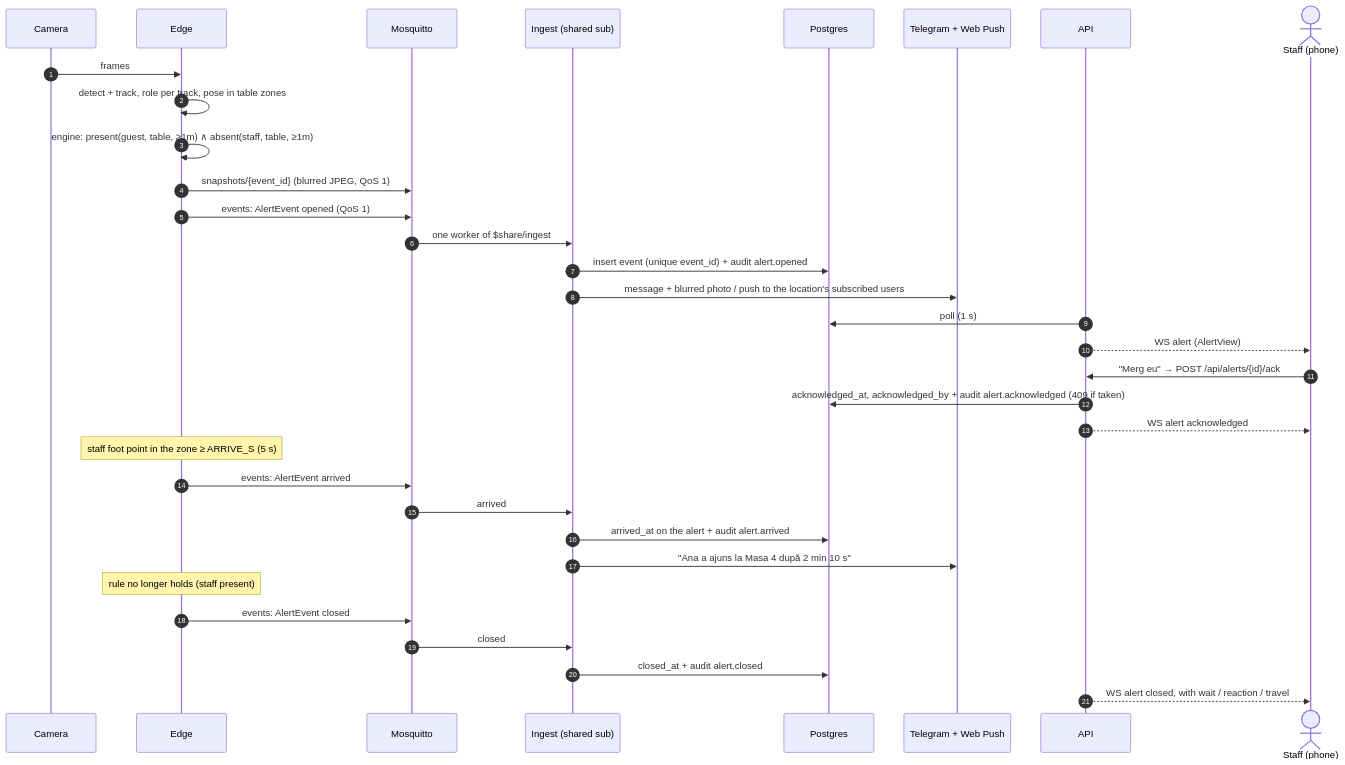
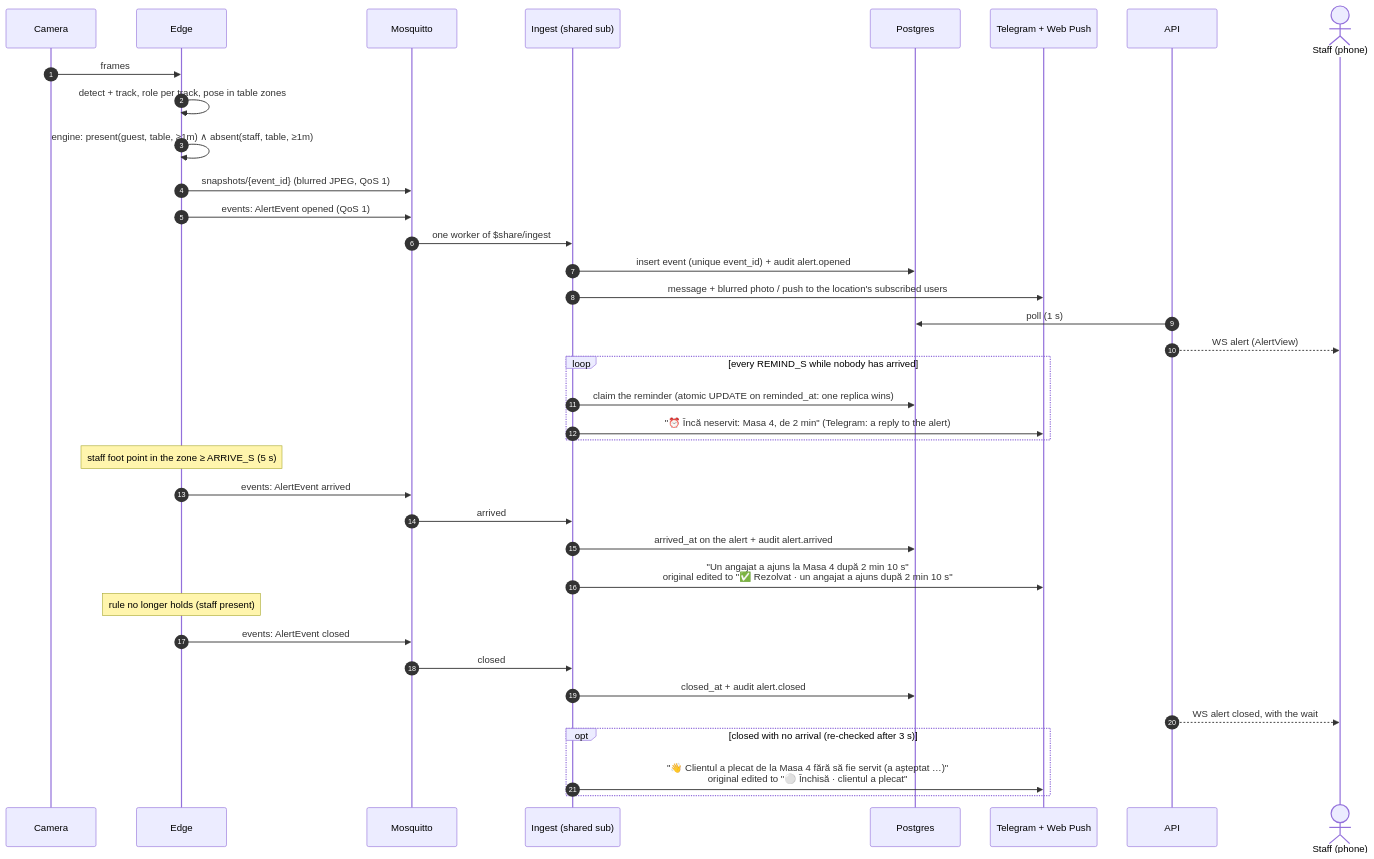
One commit to mariusbuharu-gsd/aivee changed the fifth of 6 diagrams in docs/architecture.md. Above: the diagram before and after it, drawn with Mermaid. The commit also changed other lines of this file and 3 other files, not shown here.

````diff
--- a/docs/architecture.md
+++ b/docs/architecture.md
@@ -156,36 +158,40 @@
 ```mermaid
 sequenceDiagram
     autonumber
     participant C as Camera
     participant E as Edge
     participant M as Mosquitto
     participant I as Ingest (shared sub)
     participant P as Postgres
     participant N as Telegram + Web Push
     participant A as API
     actor S as Staff (phone)
 
     C->>E: frames
     E->>E: detect + track, role per track, pose in table zones
     E->>E: engine: present(guest, table, ≥1m) ∧ absent(staff, table, ≥1m)
     E->>M: snapshots/{event_id} (blurred JPEG, QoS 1)
     E->>M: events: AlertEvent opened (QoS 1)
     M->>I: one worker of $share/ingest
     I->>P: insert event (unique event_id) + audit alert.opened
     I->>N: message + blurred photo / push to the location's subscribed users
     A->>P: poll (1 s)
     A-->>S: WS alert (AlertView)
-    S->>A: "Merg eu" → POST /api/alerts/{id}/ack
-    A->>P: acknowledged_at, acknowledged_by + audit alert.acknowledged (409 if taken)
-    A-->>S: WS alert acknowledged
+    loop every REMIND_S while nobody has arrived
+        I->>P: claim the reminder (atomic UPDATE on reminded_at: one replica wins)
+        I->>N: "⏰ Încă neservit: Masa 4, de 2 min" (Telegram: a reply to the alert)
+    end
     Note over E: staff foot point in the zone ≥ ARRIVE_S (5 s)
     E->>M: events: AlertEvent arrived
     M->>I: arrived
     I->>P: arrived_at on the alert + audit alert.arrived
-    I->>N: "Ana a ajuns la Masa 4 după 2 min 10 s"
+    I->>N: "Un angajat a ajuns la Masa 4 după 2 min 10 s"<br/>original edited to "✅ Rezolvat · un angajat a ajuns după 2 min 10 s"
     Note over E: rule no longer holds (staff present)
     E->>M: events: AlertEvent closed
     M->>I: closed
     I->>P: closed_at + audit alert.closed
-    A-->>S: WS alert closed, with wait / reaction / travel
+    A-->>S: WS alert closed, with the wait
+    opt closed with no arrival (re-checked after 3 s)
+        I->>N: "👋 Clientul a plecat de la Masa 4 fără să fie servit (a așteptat …)"<br/>original edited to "⚪ Închisă · clientul a plecat"
+    end
 ```
````
